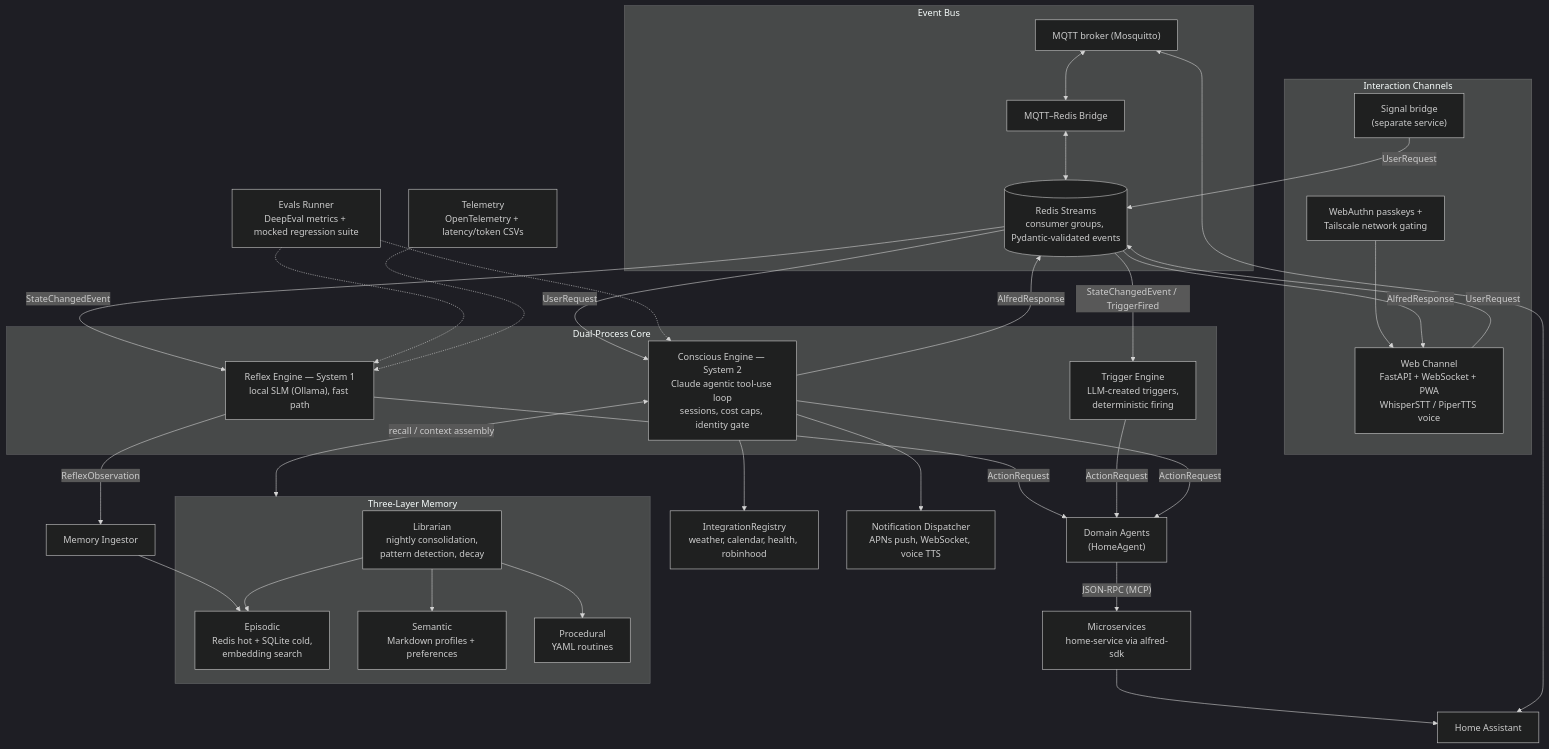
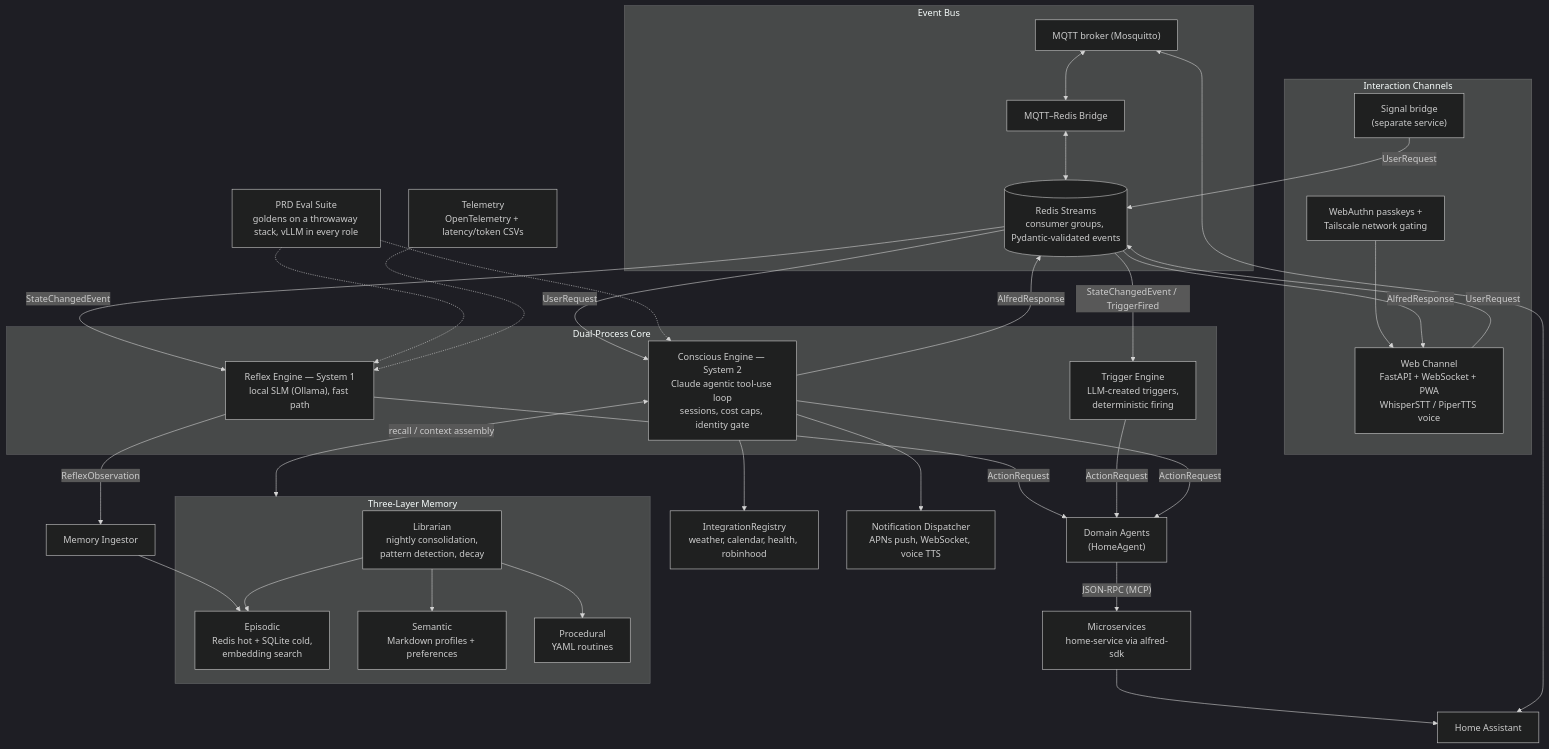
The diagram in README.md (anirudhlath/alfred), drawn with Mermaid (dark theme) before and after one commit. The commit also changed other lines of this file and 141 other files, not shown here.

First line of the commit message:
feat(evals): PRD eval suite slice 1 — real-stack utterance evals on vLLM (#290)

````diff
--- a/README.md
+++ b/README.md
@@ -18,57 +18,57 @@
 ```mermaid
 flowchart TB
     subgraph BUS["Event Bus"]
         MQTT["MQTT broker (Mosquitto)"] <--> Bridge["MQTT–Redis Bridge"]
         Bridge <--> Streams[("Redis Streams<br/>consumer groups, Pydantic-validated events")]
     end
 
     HA["Home Assistant"] <--> MQTT
 
     subgraph CHANNELS["Interaction Channels"]
         WebAuthn["WebAuthn passkeys +<br/>Tailscale network gating"] --> WebChannel
         WebChannel["Web Channel<br/>FastAPI + WebSocket + PWA<br/>WhisperSTT / PiperTTS voice"]
         SignalBridge["Signal bridge<br/>(separate service)"]
     end
 
     WebChannel -->|UserRequest| Streams
     SignalBridge -->|UserRequest| Streams
     Streams -->|AlfredResponse| WebChannel
 
     subgraph CORE["Dual-Process Core"]
         Reflex["Reflex Engine — System 1<br/>local SLM (Ollama), fast path"]
         Triggers["Trigger Engine<br/>LLM-created triggers,<br/>deterministic firing"]
         Conscious["Conscious Engine — System 2<br/>Claude agentic tool-use loop<br/>sessions, cost caps, identity gate"]
     end
 
     Streams -->|StateChangedEvent| Reflex
     Streams -->|StateChangedEvent / TriggerFired| Triggers
     Streams -->|UserRequest| Conscious
     Conscious -->|AlfredResponse| Streams
 
     Reflex -->|ActionRequest| Agents
     Triggers -->|ActionRequest| Agents
     Conscious -->|ActionRequest| Agents
 
     Agents["Domain Agents<br/>(HomeAgent)"] -->|"JSON-RPC (MCP)"| Services["Microservices<br/>home-service via alfred-sdk"]
     Services --> HA
 
     subgraph MEMORY["Three-Layer Memory"]
         Episodic["Episodic<br/>Redis hot + SQLite cold,<br/>embedding search"]
         Semantic["Semantic<br/>Markdown profiles + preferences"]
         Procedural["Procedural<br/>YAML routines"]
         Librarian["Librarian<br/>nightly consolidation,<br/>pattern detection, decay"]
     end
 
     Reflex -->|ReflexObservation| Ingestor["Memory Ingestor"] --> Episodic
     Conscious <-->|recall / context assembly| MEMORY
     Librarian --> Episodic
     Librarian --> Semantic
     Librarian --> Procedural
 
     Conscious --> Integrations["IntegrationRegistry<br/>weather, calendar, health, robinhood"]
     Conscious --> Notify["Notification Dispatcher<br/>APNs push, WebSocket, voice TTS"]
 
-    Evals["Evals Runner<br/>DeepEval metrics + mocked regression suite"] -.-> Reflex
+    Evals["PRD Eval Suite<br/>goldens on a throwaway stack, vLLM in every role"] -.-> Reflex
     Evals -.-> Conscious
     Telemetry["Telemetry<br/>OpenTelemetry + latency/token CSVs"] -.-> Reflex
 ```
````
